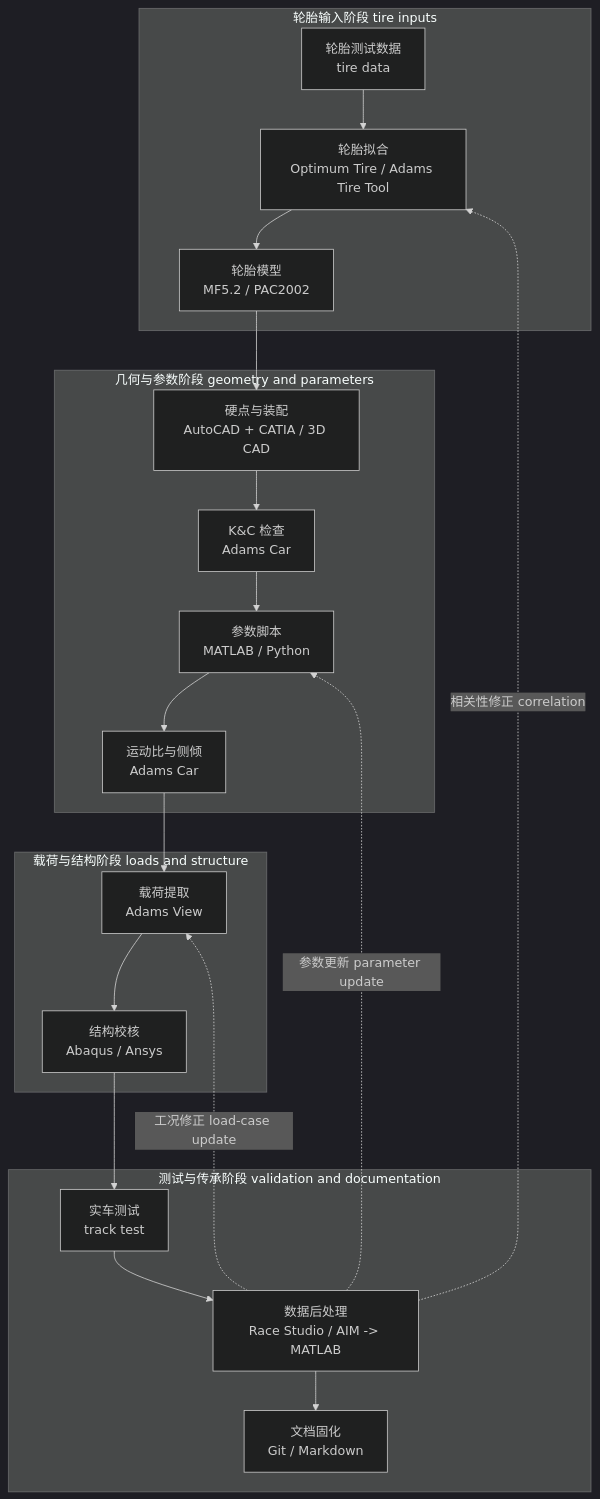
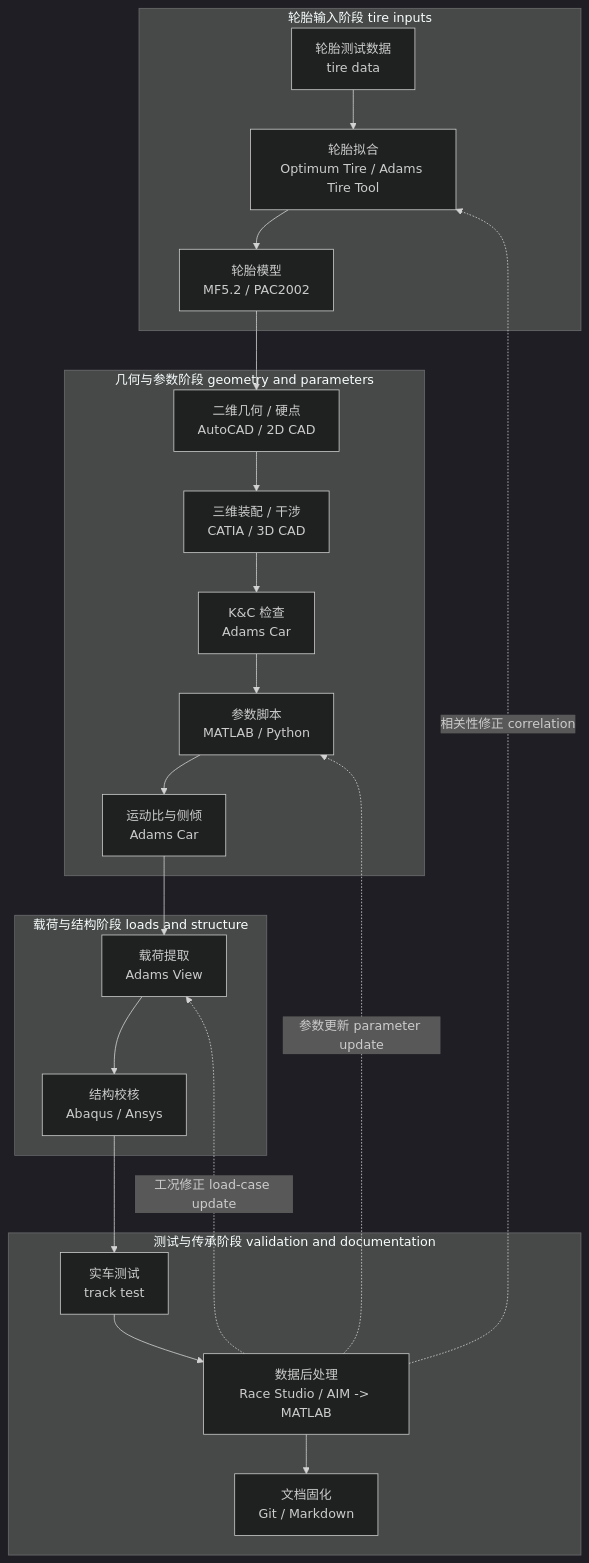
Before and after one commit to onebulletkick/suspension_opensource: the first of 3 diagrams in docs/advanced/09-software-workflows.md, drawn with Mermaid (dark theme). The commit also changed other lines of this file and 4 other files, not shown here.

````diff
--- a/docs/advanced/09-software-workflows.md
+++ b/docs/advanced/09-software-workflows.md
@@ -135,29 +143,30 @@
 ```mermaid
 flowchart TD
   subgraph T["轮胎输入阶段 tire inputs"]
     A["轮胎测试数据<br>tire data"] --> B["轮胎拟合<br>Optimum Tire / Adams Tire Tool"]
     B --> C["轮胎模型<br>MF5.2 / PAC2002"]
   end
 
   subgraph G["几何与参数阶段 geometry and parameters"]
-    D["硬点与装配<br>AutoCAD + CATIA / 3D CAD"] --> KC["K&C 检查<br>Adams Car"]
+    D["二维几何 / 硬点<br>AutoCAD / 2D CAD"] --> D3["三维装配 / 干涉<br>CATIA / 3D CAD"]
+    D3 --> KC["K&C 检查<br>Adams Car"]
     KC --> E["参数脚本<br>MATLAB / Python"]
     E --> F["运动比与侧倾<br>Adams Car"]
   end
 
   subgraph S["载荷与结构阶段 loads and structure"]
     L["载荷提取<br>Adams View"] --> H["结构校核<br>Abaqus / Ansys"]
   end
 
   subgraph V["测试与传承阶段 validation and documentation"]
     I["实车测试<br>track test"] --> J["数据后处理<br>Race Studio / AIM -> MATLAB"]
     J --> K["文档固化<br>Git / Markdown"]
   end
 
   C --> D
   F --> L
   H --> I
   J -.->|"相关性修正 correlation"| B
   J -.->|"参数更新 parameter update"| E
   J -.->|"工况修正 load-case update"| L
 ```
````
